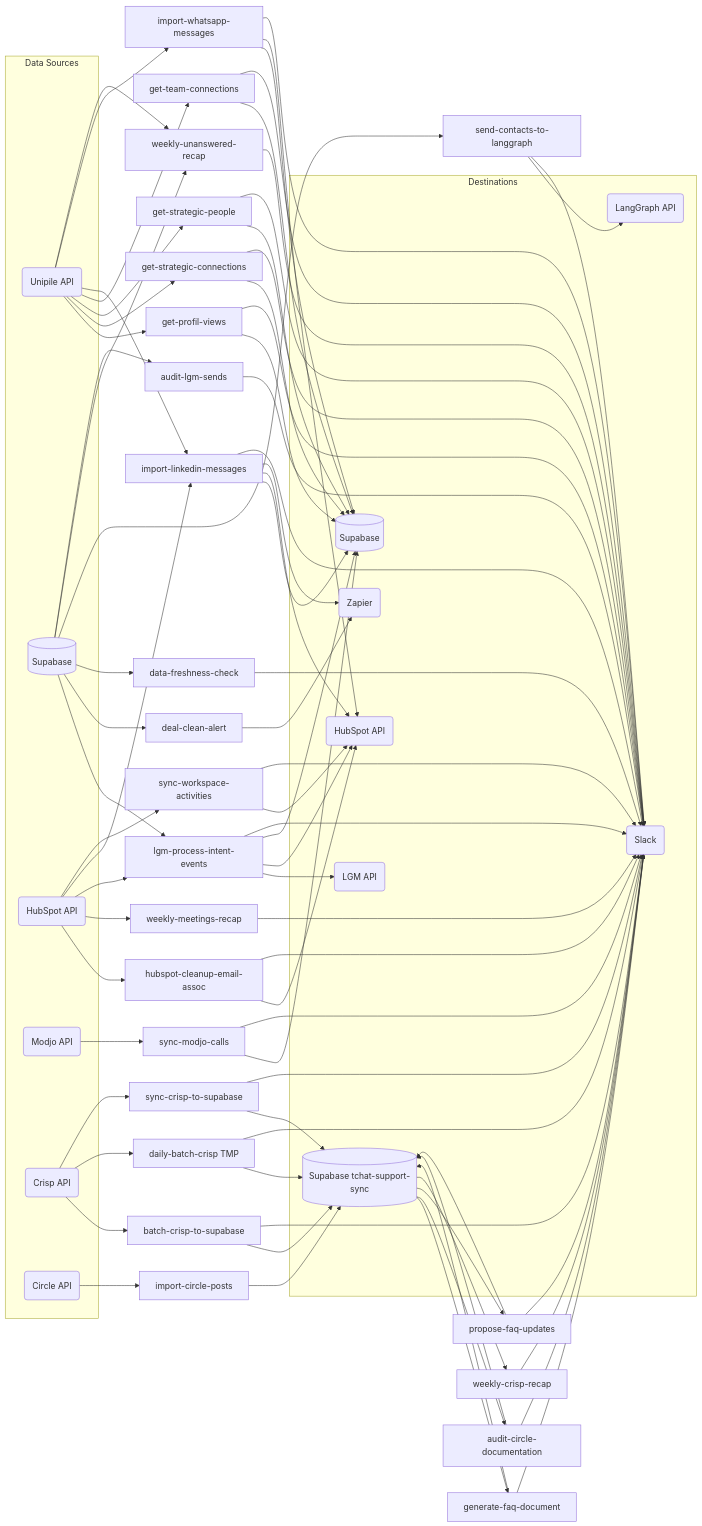
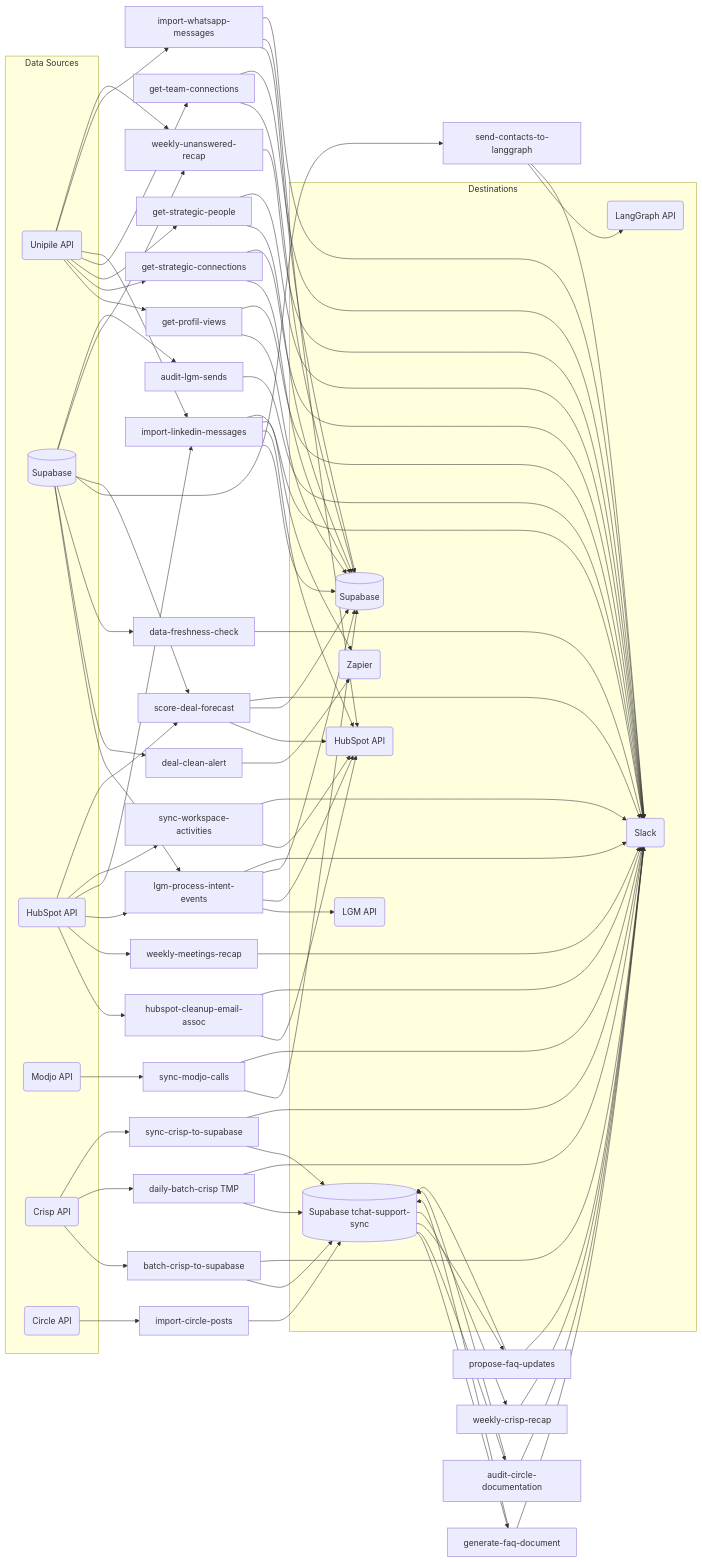
Before and after one commit to AirSaas/linkedin-scrapp: the first of 28 diagrams in CLAUDE.md, drawn with Mermaid. The commit also changed other lines of this file and 20 other files, not shown here.

First line of the commit message:
Add AI deal scoring forecast pipeline (8 signals + 6 red flags)

````diff
--- a/CLAUDE.md
+++ b/CLAUDE.md
@@ -64,60 +68,61 @@
 ```mermaid
 flowchart LR
     subgraph src ["Data Sources"]
         UN(Unipile API)
         SB[(Supabase)]
         HS_I(HubSpot API)
         MJ(Modjo API)
         CR(Crisp API)
         CI(Circle API)
     end
 
     subgraph dst ["Destinations"]
         LGM_O(LGM API)
         HS_O(HubSpot API)
         SB_O[(Supabase)]
         SB_CR[(Supabase tchat-support-sync)]
         SL(Slack)
         ZP(Zapier)
         LG(LangGraph API)
     end
 
     UN --> GPV[get-profil-views] & GSC[get-strategic-connections] & GSP[get-strategic-people] & GTC[get-team-connections] & ILM[import-linkedin-messages] & IWM[import-whatsapp-messages]
-    SB --> LPI[lgm-process-intent-events] & DCA[deal-clean-alert] & DFC[data-freshness-check] & SCL[send-contacts-to-langgraph]
-    HS_I --> HCE[hubspot-cleanup-email-assoc] & WMR[weekly-meetings-recap] & LPI & ILM & SWA[sync-workspace-activities]
+    SB --> LPI[lgm-process-intent-events] & DCA[deal-clean-alert] & DFC[data-freshness-check] & SCL[send-contacts-to-langgraph] & SDF[score-deal-forecast]
+    HS_I --> HCE[hubspot-cleanup-email-assoc] & WMR[weekly-meetings-recap] & LPI & ILM & SWA[sync-workspace-activities] & SDF
     MJ --> SMC[sync-modjo-calls]
     CR --> BCS[batch-crisp-to-supabase] & DBCS[daily-batch-crisp TMP] & SCS[sync-crisp-to-supabase]
     SB --> WUR[weekly-unanswered-recap]
     UN --> WUR
 
     GPV --> SB_O & SL
     GSC --> SB_O & SL
     GSP --> SB_O & SL
     GTC --> SB_O & SL
     LPI --> LGM_O & HS_O & SB_O & SL
     SB --> ALS[audit-lgm-sends]
     ALS --> SL
     HCE --> HS_O & SL
     SWA --> HS_O & SL
     ILM --> SB_O & HS_O & ZP & SL
     IWM --> SB_O & HS_O & SL
     WMR --> SL
     DCA --> ZP
     DFC --> SL
     SMC --> SB_O & SL
     SCL --> LG & SL
+    SDF --> HS_O & SB_O & SL
     BCS --> SB_CR & SL
     DBCS --> SB_CR & SL
     SCS --> SB_CR & SL
     CI --> ICP[import-circle-posts]
     ICP --> SB_CR
     SB_CR --> GFD[generate-faq-document]
     GFD --> SB_CR & SL
     SB_CR --> ACD[audit-circle-documentation]
     ACD --> SB_CR & SL
     SB_CR --> PFU[propose-faq-updates]
     PFU --> SB_CR & SL
     SB_CR --> WCR[weekly-crisp-recap]
     WCR --> SL
     WUR --> SL
 ```
````
